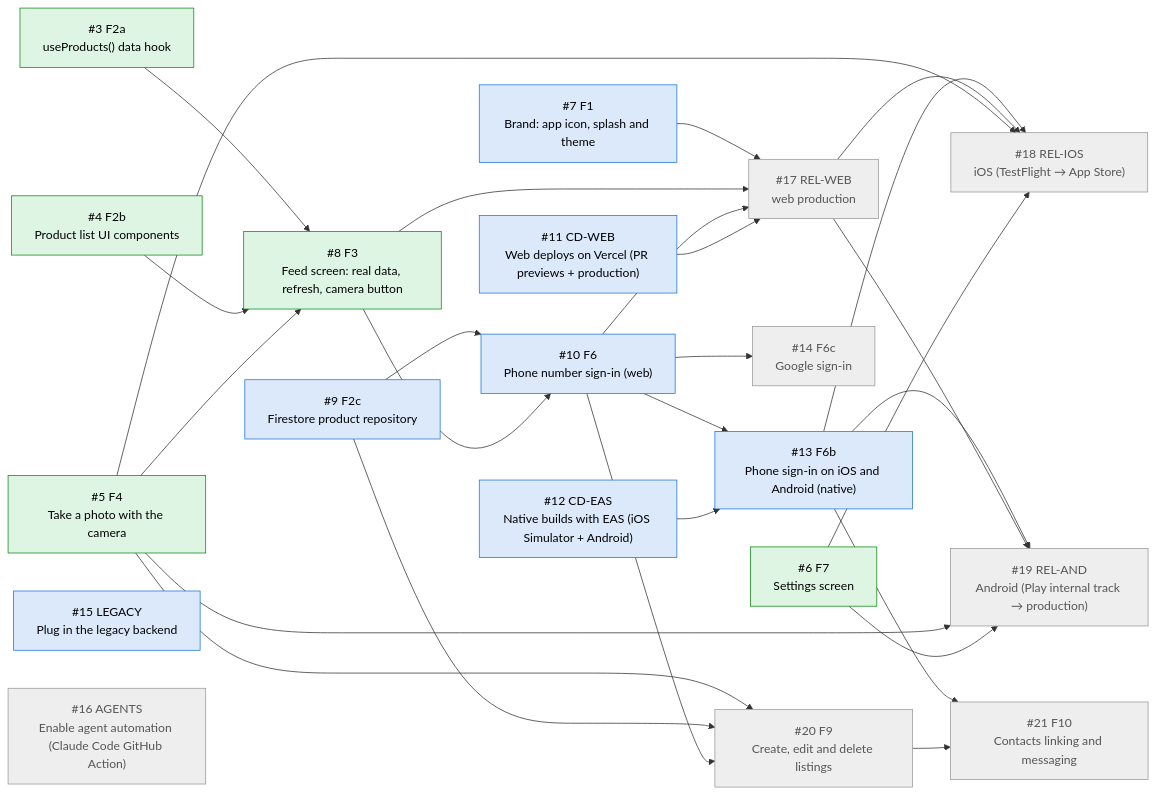
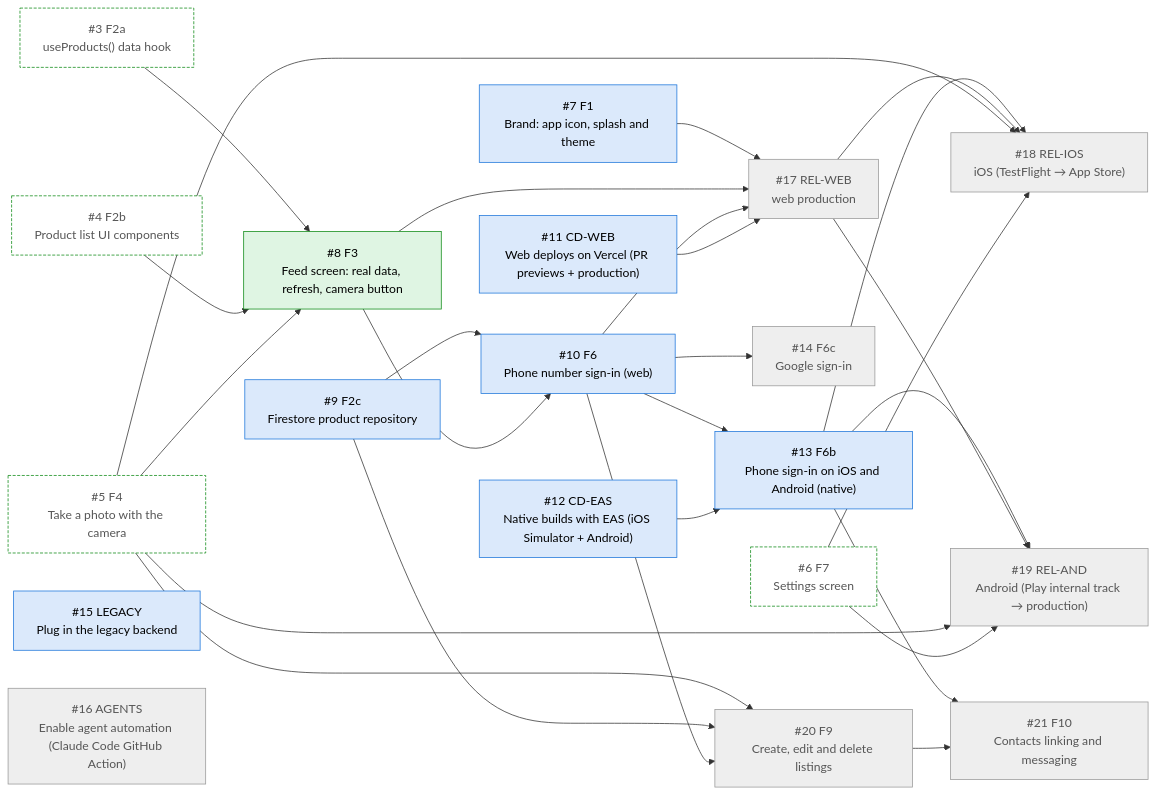
Before and after one commit to euhoro/YmarqApp: the diagram in docs/REVIVAL_2026.md, drawn with Mermaid. The commit also changed other lines of this file and 4 other files, not shown here.

````diff
--- a/docs/REVIVAL_2026.md
+++ b/docs/REVIVAL_2026.md
@@ -168,69 +172,70 @@
 ```mermaid
 flowchart LR
   nF2a["#3 F2a<br/>useProducts() data hook"]
   nF2b["#4 F2b<br/>Product list UI components"]
   nF4["#5 F4<br/>Take a photo with the camera"]
   nF7["#6 F7<br/>Settings screen"]
   nF1["#7 F1<br/>Brand: app icon, splash and theme"]
   nF3["#8 F3<br/>Feed screen: real data, refresh, camera button"]
   nF2c["#9 F2c<br/>Firestore product repository"]
   nF6["#10 F6<br/>Phone number sign-in (web)"]
   nCD_WEB["#11 CD-WEB<br/>Web deploys on Vercel (PR previews + production)"]
   nCD_EAS["#12 CD-EAS<br/>Native builds with EAS (iOS Simulator + Android)"]
   nF6b["#13 F6b<br/>Phone sign-in on iOS and Android (native)"]
   nF6c["#14 F6c<br/>Google sign-in"]
   nLEGACY["#15 LEGACY<br/>Plug in the legacy backend"]
   nAGENTS["#16 AGENTS<br/>Enable agent automation (Claude Code GitHub Action)"]
   nREL_WEB["#17 REL-WEB<br/>web production"]
   nREL_IOS["#18 REL-IOS<br/>iOS (TestFlight → App Store)"]
   nREL_AND["#19 REL-AND<br/>Android (Play internal track → production)"]
   nF9["#20 F9<br/>Create, edit and delete listings"]
   nF10["#21 F10<br/>Contacts linking and messaging"]
   nF2a --> nF3
   nF2b --> nF3
   nF4 --> nF3
   nF2c --> nF6
   nF3 --> nF6
   nF6 --> nF6b
   nCD_EAS --> nF6b
   nF6 --> nF6c
   nF1 --> nREL_WEB
   nF3 --> nREL_WEB
   nF6 --> nREL_WEB
   nCD_WEB --> nREL_WEB
   nF6b --> nREL_IOS
   nREL_WEB --> nREL_IOS
   nF4 --> nREL_IOS
   nF7 --> nREL_IOS
   nF6b --> nREL_AND
   nREL_WEB --> nREL_AND
   nF4 --> nREL_AND
   nF7 --> nREL_AND
   nF4 --> nF9
   nF2c --> nF9
   nF6 --> nF9
   nF6b --> nF10
   nF9 --> nF10
   classDef ready fill:#dff5e3,stroke:#0e8a16,color:#000
   classDef pairing fill:#dbe9fb,stroke:#1d76db,color:#000
   classDef later fill:#eeeeee,stroke:#999,color:#555
-  class nF2a ready
-  class nF2b ready
-  class nF4 ready
-  class nF7 ready
+  classDef done fill:#ffffff,stroke:#0e8a16,stroke-dasharray:4 2,color:#555
+  class nF2a done
+  class nF2b done
+  class nF4 done
+  class nF7 done
   class nF1 pairing
   class nF3 ready
   class nF2c pairing
   class nF6 pairing
   class nCD_WEB pairing
   class nCD_EAS pairing
   class nF6b pairing
   class nF6c later
   class nLEGACY pairing
   class nAGENTS later
   class nREL_WEB later
   class nREL_IOS later
   class nREL_AND later
   class nF9 later
   class nF10 later
 ```
````
